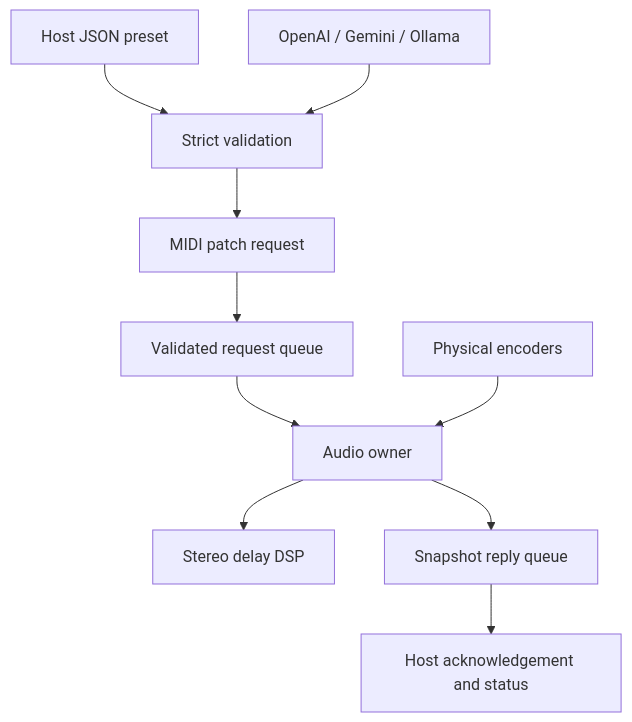
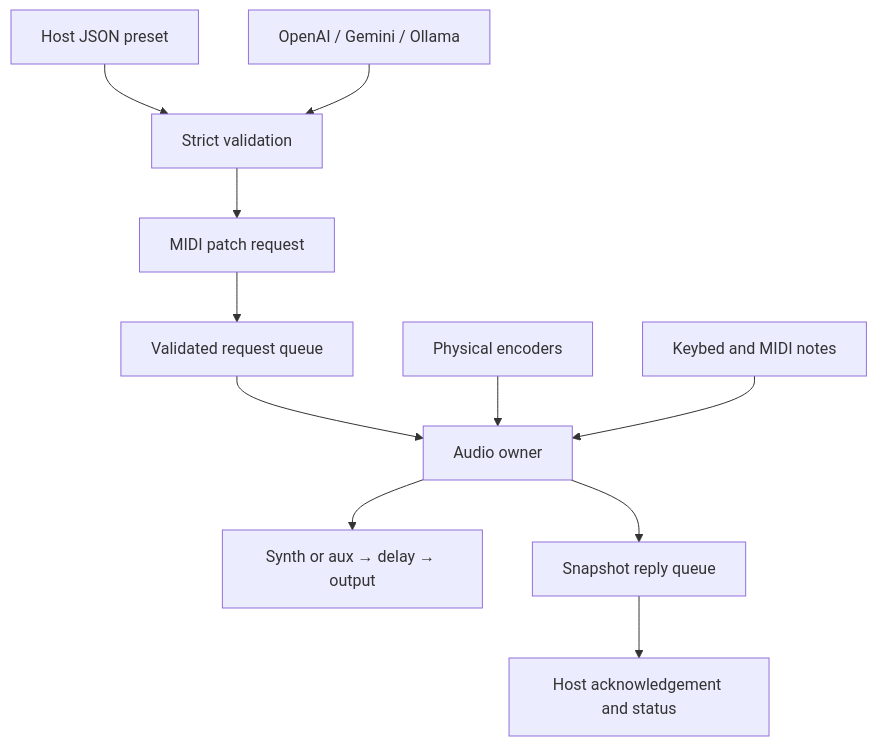
Before and after one commit to DCDominguez/CHOMPI: the diagram in docs/forge/ARCHITECTURE.md, drawn with Mermaid. The commit also changed other lines of this file and 20 other files, not shown here.

````diff
--- a/docs/forge/ARCHITECTURE.md
+++ b/docs/forge/ARCHITECTURE.md
@@ -14,12 +18,13 @@
 ```mermaid
 flowchart TD
     Preset["Host JSON preset"] --> Validate["Strict validation"]
     Model["OpenAI / Gemini / Ollama"] --> Validate
     Validate --> MIDI["MIDI patch request"]
     MIDI --> Queue["Validated request queue"]
     Queue --> Audio["Audio owner"]
     Knobs["Physical encoders"] --> Audio
-    Audio --> DSP["Stereo delay DSP"]
+    Keys["Keybed and MIDI notes"] --> Audio
+    Audio --> DSP["Synth or aux → delay → output"]
     Audio --> Reply["Snapshot reply queue"]
     Reply --> Host["Host acknowledgement and status"]
 ```
````
